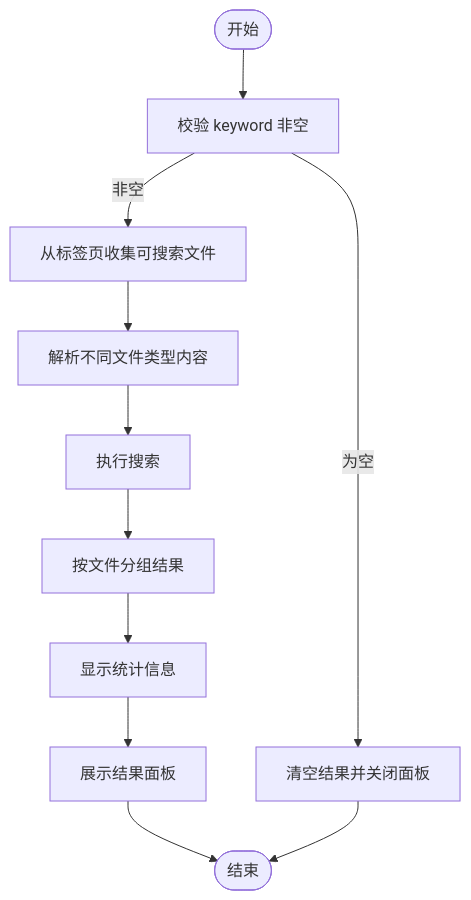
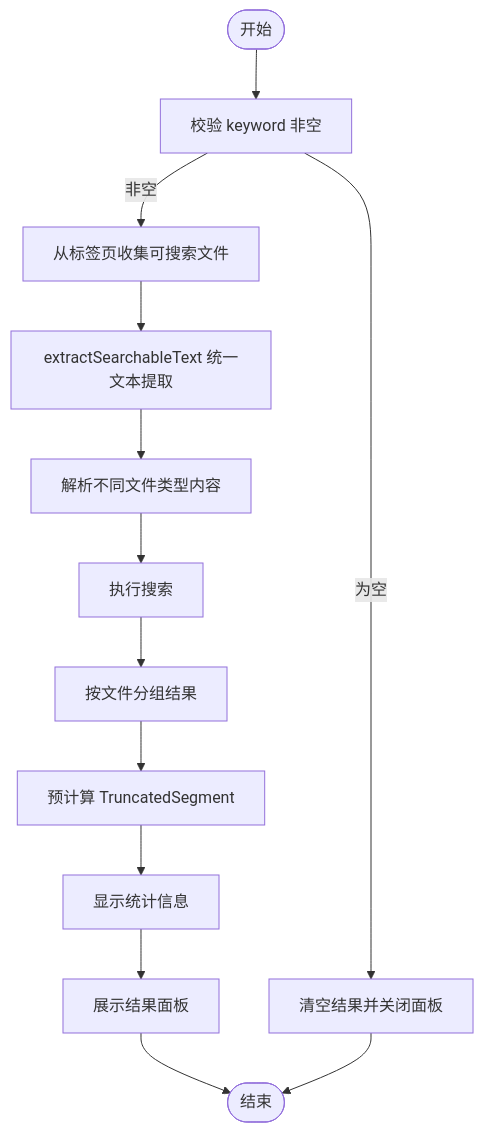
Before and after one commit to taoweidong/Hello-Tauri: the fourth of 4 diagrams in .qoder/repowiki/zh/content/架构设计/数据流模式/组合式函数数据逻辑/全局搜索组合函数.md, drawn with Mermaid. The commit also changed other lines of this file and 8 other files, not shown here.

````diff
--- a/.qoder/repowiki/zh/content/架构设计/数据流模式/组合式函数数据逻辑/全局搜索组合函数.md
+++ b/.qoder/repowiki/zh/content/架构设计/数据流模式/组合式函数数据逻辑/全局搜索组合函数.md
@@ -409,13 +444,15 @@
 ```mermaid
 flowchart TD
 Start(["开始"]) --> Validate["校验 keyword 非空"]
 Validate --> |为空| ClearResults["清空结果并关闭面板"]
 Validate --> |非空| CollectFiles["从标签页收集可搜索文件"]
-CollectFiles --> ParseContent["解析不同文件类型内容"]
+CollectFiles --> ExtractText["extractSearchableText 统一文本提取"]
+ExtractText --> ParseContent["解析不同文件类型内容"]
 ParseContent --> SearchExecute["执行搜索"]
 SearchExecute --> GroupResults["按文件分组结果"]
-GroupResults --> DisplayStats["显示统计信息"]
+GroupResults --> BuildSegments["预计算 TruncatedSegment"]
+BuildSegments --> DisplayStats["显示统计信息"]
 DisplayStats --> ShowPanel["展示结果面板"]
 ShowPanel --> End(["结束"])
 ClearResults --> End
 ```
````
